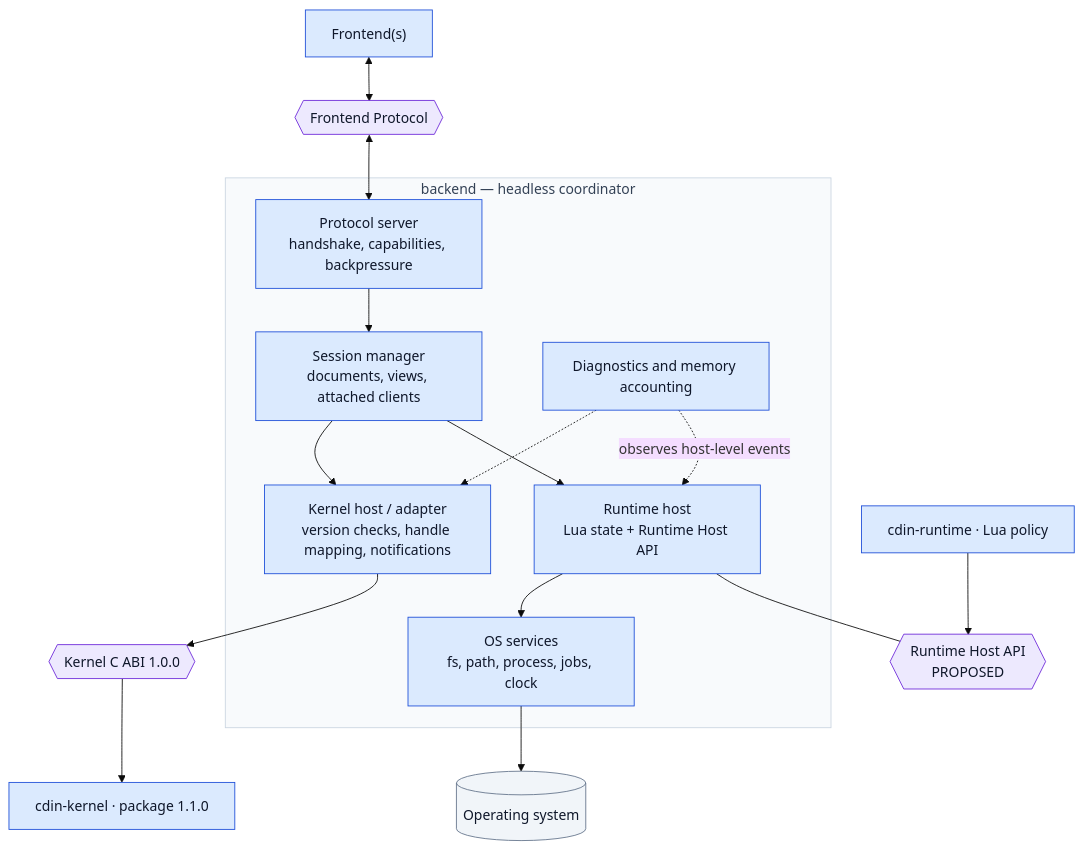
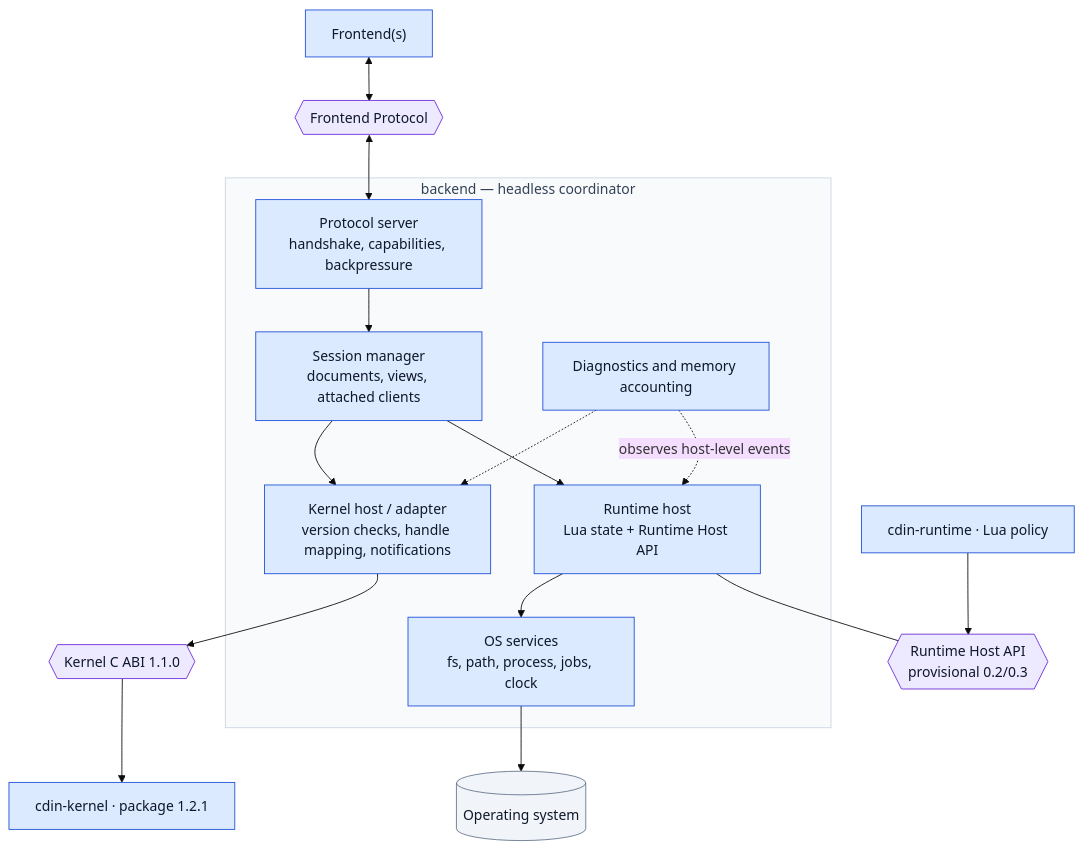
The first of 2 diagrams in docs/components/backend.md (cdin-editor/spec), drawn with Mermaid (base theme) before and after one commit. The commit also changed other lines of this file and 34 other files, not shown here.

````diff
--- a/docs/components/backend.md
+++ b/docs/components/backend.md
@@ -20,39 +20,39 @@
 ```mermaid
 flowchart TB
     FE["Frontend(s)"]
     FP{{"Frontend Protocol"}}
     subgraph BE["backend — headless coordinator"]
         PS["Protocol server<br/>handshake, capabilities, backpressure"]
         SES["Session manager<br/>documents, views, attached clients"]
         RH["Runtime host<br/>Lua state + Runtime Host API"]
         KH["Kernel host / adapter<br/>version checks, handle mapping, notifications"]
         OSS["OS services<br/>fs, path, process, jobs, clock"]
         DIAG["Diagnostics and memory accounting"]
     end
     RT["cdin-runtime · Lua policy"]
-    RHA{{"Runtime Host API<br/>PROPOSED"}}
-    ABI{{"Kernel C ABI 1.0.0"}}
-    K["cdin-kernel · package 1.1.0"]
+    RHA{{"Runtime Host API<br/>provisional 0.2/0.3"}}
+    ABI{{"Kernel C ABI 1.1.0"}}
+    K["cdin-kernel · package 1.2.1"]
     OS[("Operating system")]
 
     FE <--> FP <--> PS
     PS --> SES
     SES --> RH
     RH --- RHA
     RT --> RHA
     SES --> KH
     KH --> ABI --> K
     OSS --> OS
     RH --> OSS
     DIAG -. "observes host-level events" .-> RH
     DIAG -.-> KH
 
     classDef comp fill:#dbeafe,stroke:#1d4ed8,color:#0f172a
     classDef contract fill:#ede9fe,stroke:#6d28d9,color:#0f172a
     classDef external fill:#f1f5f9,stroke:#64748b,color:#0f172a
     classDef group fill:#f8fafc,stroke:#cbd5e1,color:#334155
     class FE,PS,SES,RH,KH,OSS,DIAG,RT,K comp
     class FP,RHA,ABI contract
     class OS external
     class BE group
 ```
````
